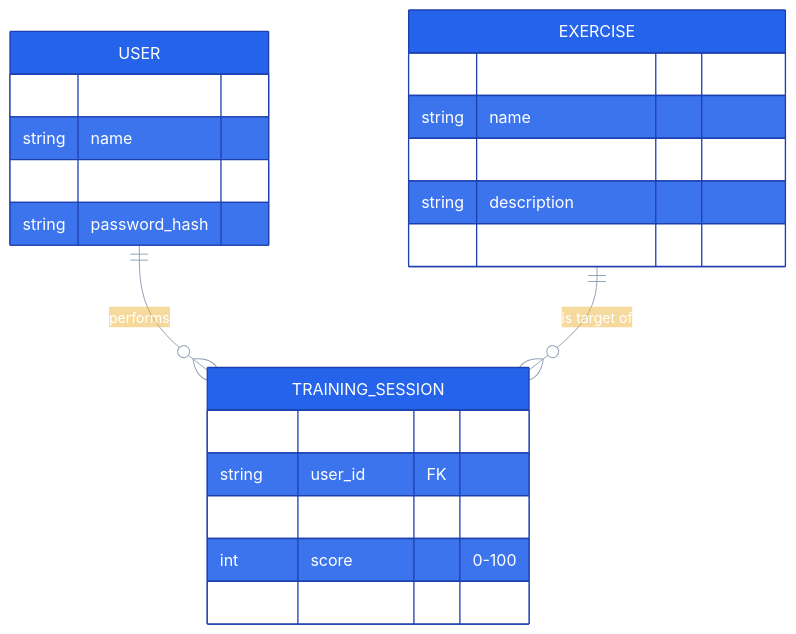
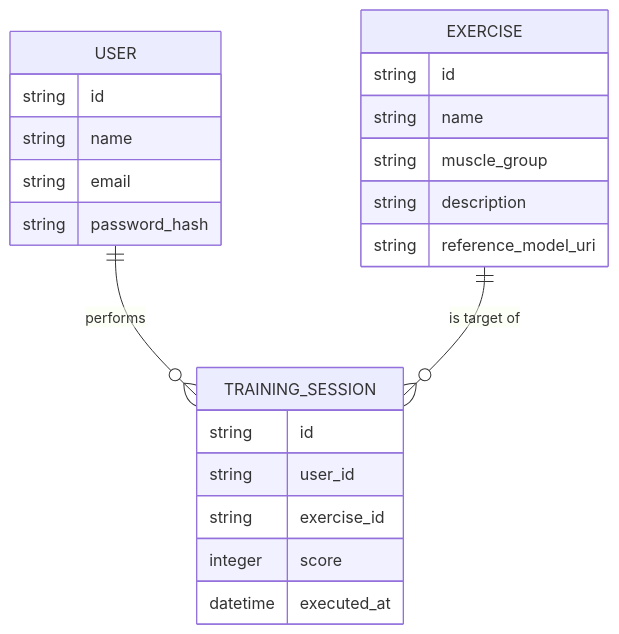
Before and after one commit to VictorHJesusSantiago/Gym_execution: diagram 15 of 22 in README.md, drawn with Mermaid. The commit also changed other lines of this file and 2 other files, not shown here.

````diff
--- a/README.md
+++ b/README.md
@@ -166,27 +731,25 @@
 ```mermaid
-%%{init: {'theme':'base', 'themeVariables': {'primaryColor':'#2563EB','primaryTextColor':'#fff','primaryBorderColor':'#1E40AF','lineColor':'#94A3B8'}}}%%
 erDiagram
-    USER ||--o{ TRAINING_SESSION : performs
-    EXERCISE ||--o{ TRAINING_SESSION : "is target of"
-
     USER {
-        string id PK
+        string id
         string name
-        string email UK
+        string email
         string password_hash
     }
     EXERCISE {
-        string id PK
+        string id
         string name
         string muscle_group
         string description
-        string reference_model_uri "nullable"
+        string reference_model_uri
     }
     TRAINING_SESSION {
-        string id PK
-        string user_id FK
-        string exercise_id FK
-        int score "0-100"
+        string id
+        string user_id
+        string exercise_id
+        integer score
         datetime executed_at
     }
+    USER ||--o{ TRAINING_SESSION : performs
+    EXERCISE ||--o{ TRAINING_SESSION : "is target of"
 ```
````
